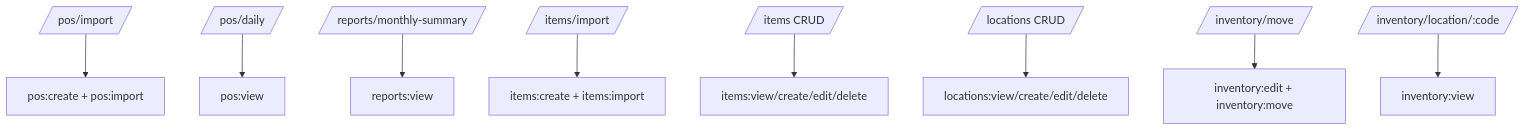
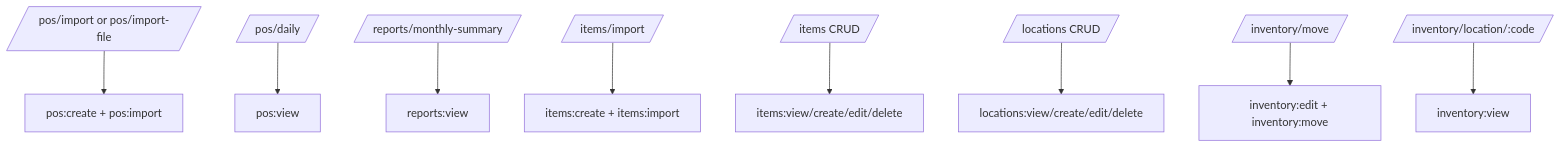
The third of 3 diagrams in docs/backend/api-reference.md (comp596-spring-2026/RetailSync), drawn with Mermaid before and after one commit. The commit also changed other lines of this file and 7 other files, not shown here.

````diff
--- a/docs/backend/api-reference.md
+++ b/docs/backend/api-reference.md
@@ -72,12 +213,12 @@
 ```mermaid
 flowchart TD
-  A[/pos/import/] --> P1[pos:create + pos:import]
+  A[/pos/import or pos/import-file/] --> P1[pos:create + pos:import]
   B[/pos/daily/] --> P2[pos:view]
   C[/reports/monthly-summary/] --> P3[reports:view]
 
   D[/items/import/] --> P4[items:create + items:import]
   E[/items CRUD/] --> P5[items:view/create/edit/delete]
   F[/locations CRUD/] --> P6[locations:view/create/edit/delete]
   G[/inventory/move/] --> P7[inventory:edit + inventory:move]
   H[/inventory/location/:code/] --> P8[inventory:view]
 ```
````
